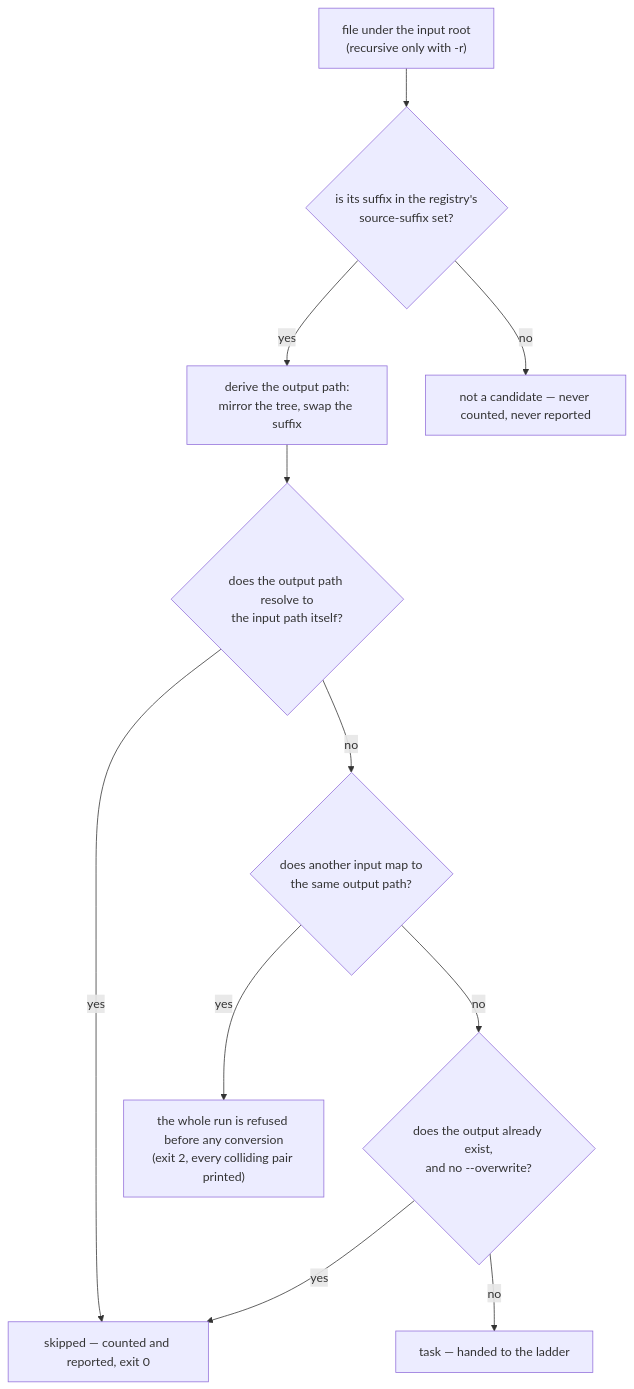
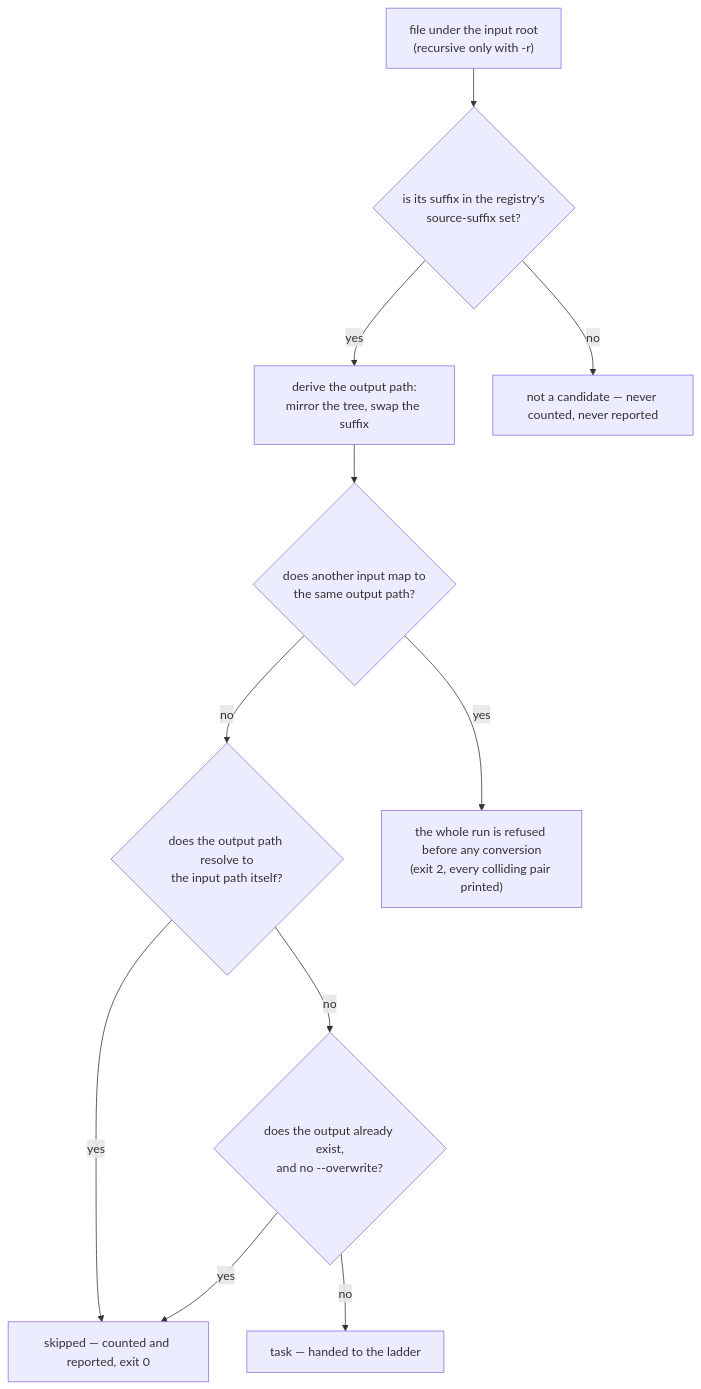
One commit to bhemsen/converter changed the diagram in docs/design/source-selection.md. Above: the diagram before and after it, drawn with Mermaid. The commit also changed other lines of this file and 2 other files, not shown here.

First line of the commit message:
docs(spec): stop a self-write skip from being overwritten in the same run

````diff
--- a/docs/design/source-selection.md
+++ b/docs/design/source-selection.md
@@ -18,24 +18,24 @@
 ```mermaid
 flowchart TD
     F["file under the input root<br/>(recursive only with -r)"]
     MEDIA{"is its suffix in the registry's<br/>source-suffix set?"}
     OUT["derive the output path:<br/>mirror the tree, swap the suffix"]
     SELF{"does the output path resolve to<br/>the input path itself?"}
     COLL{"does another input map to<br/>the same output path?"}
     EXISTS{"does the output already exist,<br/>and no --overwrite?"}
     TASK["task — handed to the ladder"]
     SKIP["skipped — counted and reported, exit 0"]
     NOTCAND["not a candidate — never counted, never reported"]
     REFUSE["the whole run is refused before any conversion<br/>(exit 2, every colliding pair printed)"]
 
     F --> MEDIA
     MEDIA -->|"no"| NOTCAND
     MEDIA -->|"yes"| OUT
-    OUT --> SELF
+    OUT --> COLL
+    COLL -->|"yes"| REFUSE
+    COLL -->|"no"| SELF
     SELF -->|"yes"| SKIP
-    SELF -->|"no"| COLL
-    COLL -->|"yes"| REFUSE
-    COLL -->|"no"| EXISTS
+    SELF -->|"no"| EXISTS
     EXISTS -->|"yes"| SKIP
     EXISTS -->|"no"| TASK
 ```
````
